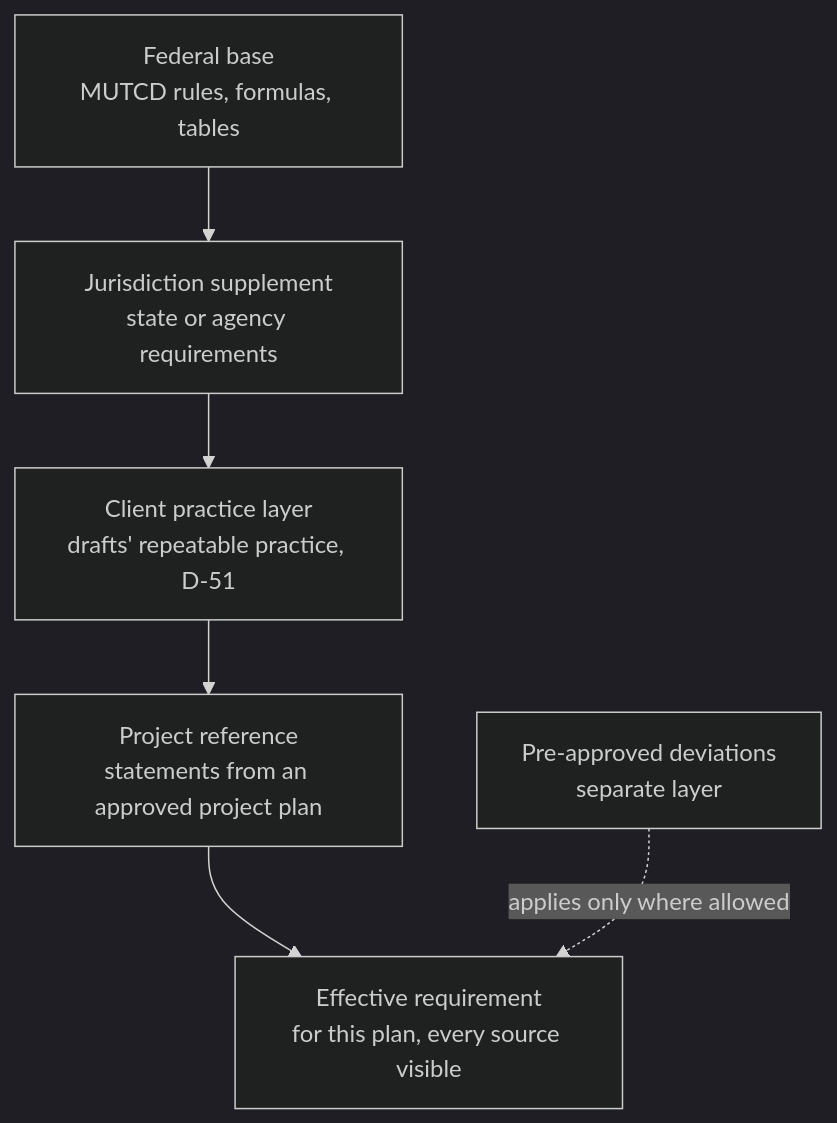
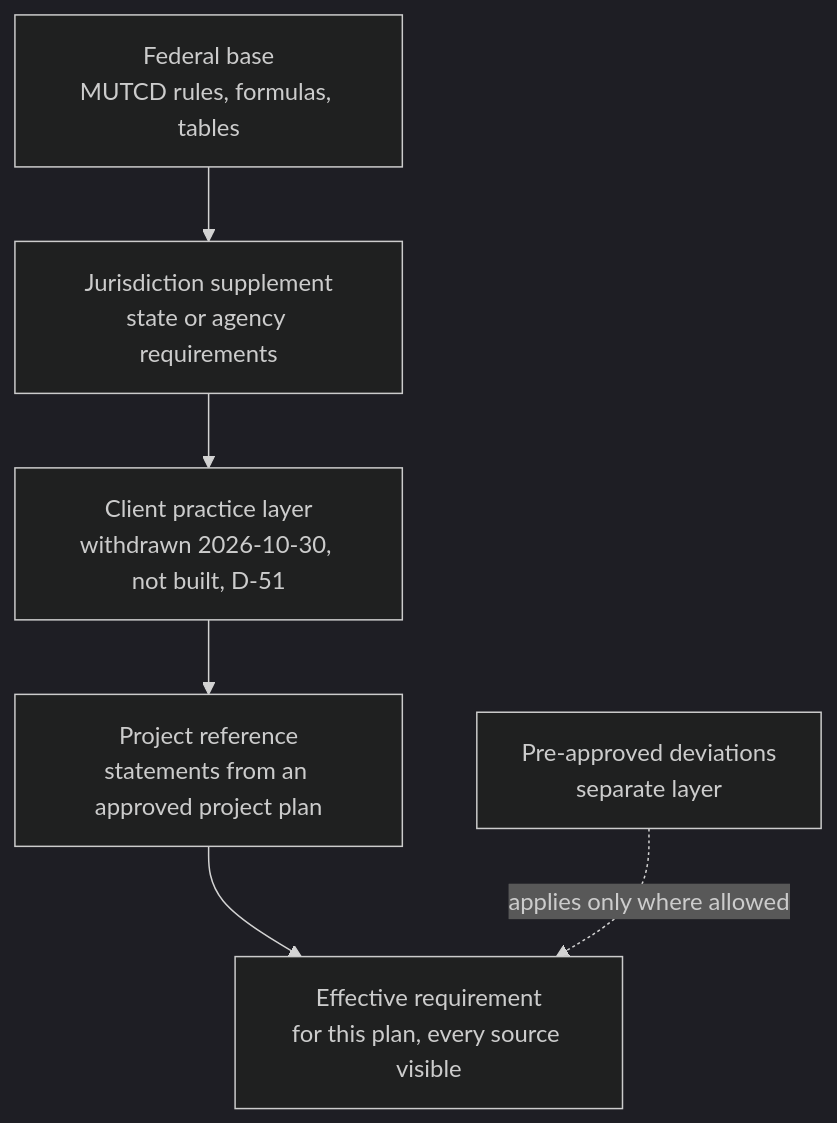
Before and after one commit to sshah-pike/TCP_POC_PERSONAL: diagram 11 of 12 in docs/architecture/TCP_MVP_Architecture_Plan_v4.md, drawn with Mermaid (dark theme). The commit also changed other lines of this file and 2 other files, not shown here.

````diff
--- a/docs/architecture/TCP_MVP_Architecture_Plan_v4.md
+++ b/docs/architecture/TCP_MVP_Architecture_Plan_v4.md
@@ -787,8 +787,8 @@
 ```mermaid
 flowchart TD
   F[Federal base<br/>MUTCD rules, formulas, tables] --> J[Jurisdiction supplement<br/>state or agency requirements]
-  J --> C[Client practice layer<br/>drafts' repeatable practice, D-51]
+  J --> C[Client practice layer<br/>withdrawn 2026-10-30, not built, D-51]
   C --> P[Project reference<br/>statements from an approved project plan]
   P --> E[Effective requirement<br/>for this plan, every source visible]
   D[Pre-approved deviations<br/>separate layer] -.applies only where allowed.-> E
 ```
````
